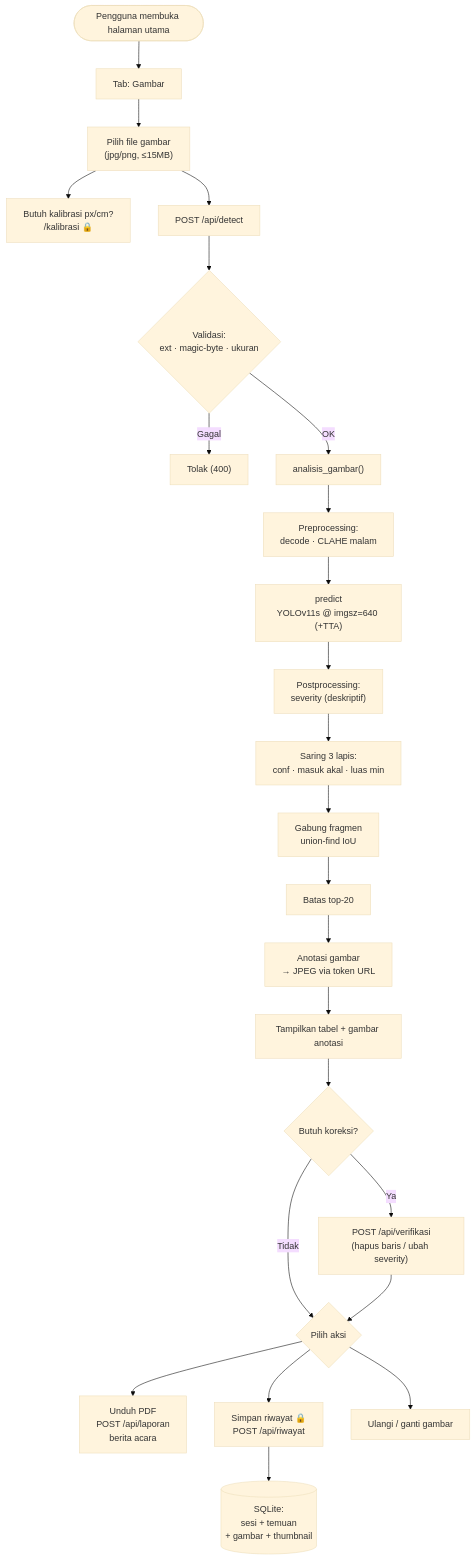
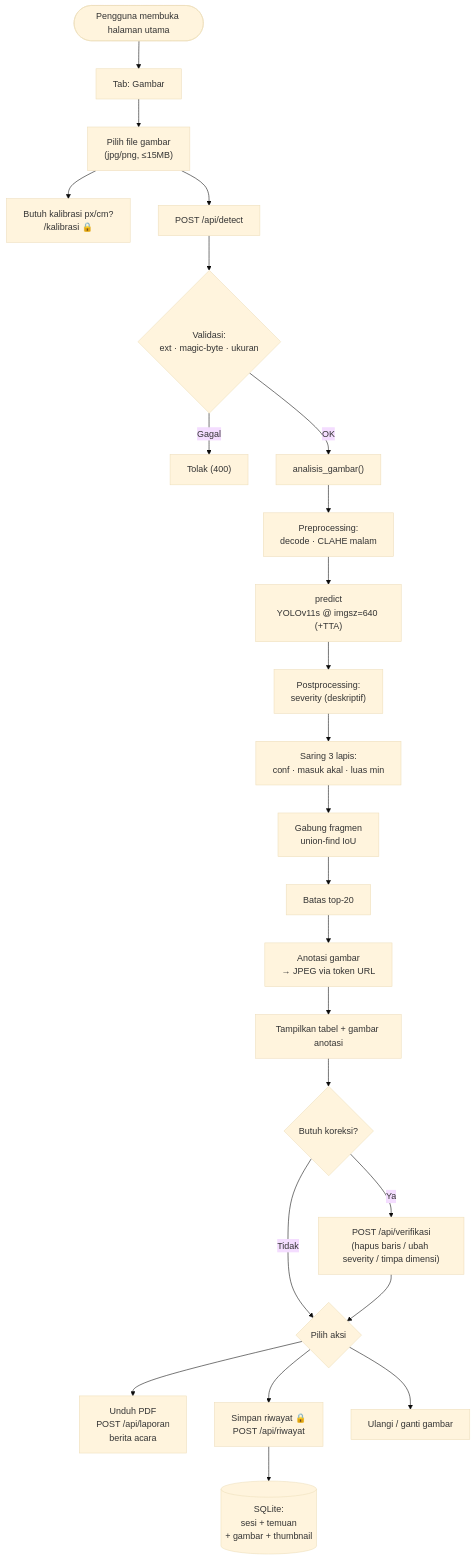
One commit to rachmatx/jalan-pantau changed the second of 6 diagrams in docs/User-Flow.md. Above: the diagram before and after it, drawn with Mermaid (base theme). The commit also changed other lines of this file and 17 other files, not shown here.

First line of the commit message:
feat(verifikasi): mutu bukti + sampling ukur, koreksi dimensi, keybind UX

````diff
--- a/docs/User-Flow.md
+++ b/docs/User-Flow.md
@@ -144,33 +144,33 @@
 ```mermaid
 flowchart TD
     U(["Pengguna membuka halaman utama"]) --> TAB["Tab: Gambar"]
     TAB --> PILIH["Pilih file gambar<br/>(jpg/png, ≤15MB)"]
     PILIH --> KALIB["Butuh kalibrasi px/cm?<br/>/kalibrasi 🔒"]
 
     PILIH --> POST["POST /api/detect"]
     POST --> VAL{"Validasi:<br/>ext · magic-byte · ukuran"}
     VAL -->|Gagal| ERR1["Tolak (400)"]
     VAL -->|OK| ANALISIS["analisis_gambar()"]
 
     ANALISIS --> PRE["Preprocessing:<br/>decode · CLAHE malam"]
     PRE --> INFER["predict<br/>YOLOv11s @ imgsz=640 (+TTA)"]
     INFER --> POST1["Postprocessing:<br/>severity (deskriptif)"]
     POST1 --> SARING["Saring 3 lapis:<br/>conf · masuk akal · luas min"]
     SARING --> GABUNG["Gabung fragmen<br/>union-find IoU"]
     GABUNG --> TOPK["Batas top-20"]
     TOPK --> ANOT["Anotasi gambar<br/>→ JPEG via token URL"]
 
     ANOT --> TAMPIL["Tampilkan tabel + gambar anotasi"]
 
     TAMPIL --> VERIF{"Butuh koreksi?"}
-    VERIF -->|Ya| VERIFIKASI["POST /api/verifikasi<br/>(hapus baris / ubah severity)"]
+    VERIF -->|Ya| VERIFIKASI["POST /api/verifikasi<br/>(hapus baris / ubah severity / timpa dimensi)"]
     VERIF -->|Tidak| LANJUT
 
     VERIFIKASI --> LANJUT{"Pilih aksi"}
 
     LANJUT --> PDF["Unduh PDF<br/>POST /api/laporan<br/>berita acara"]
     LANJUT --> SIMPAN["Simpan riwayat 🔒<br/>POST /api/riwayat"]
     LANJUT --> KEMBALI["Ulangi / ganti gambar"]
 
     SIMPAN --> DB[("SQLite:<br/>sesi + temuan<br/>+ gambar + thumbnail")]
 ```
````
